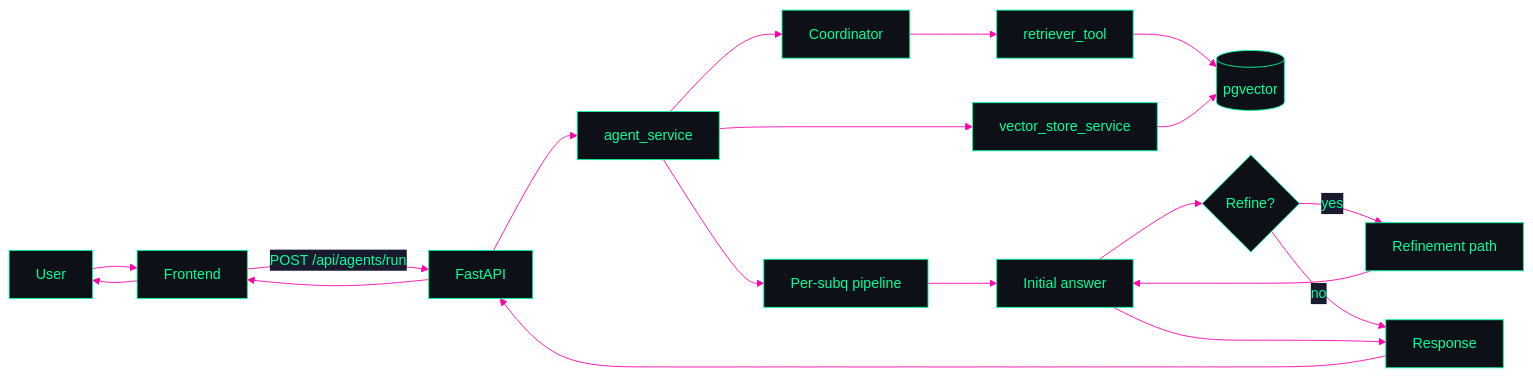
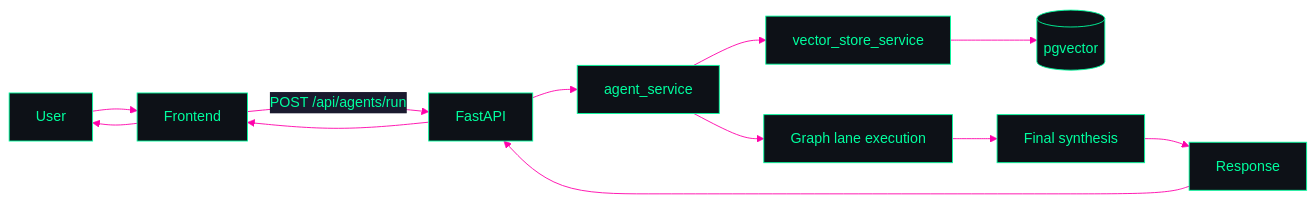
One commit to Nickbohm555/agent-search changed the second of 2 diagrams in README.md. Above: the diagram before and after it, drawn with Mermaid. The commit also changed other lines of this file and 14 other files, not shown here.

Commit message:
ralph loop 22 (build): Section 22 complete: removed deep-agent runtime path and coordinator module, pruned deep-agent callbacks/tests, and made run_runtime_agent graph-only with updated docs/config.

````diff
--- a/README.md
+++ b/README.md
@@ -153,20 +153,13 @@
 ```mermaid
 %%{init: {'theme':'base', 'themeVariables': { 'primaryColor':'#0d1117', 'primaryTextColor':'#00ff9f', 'primaryBorderColor':'#00ff9f', 'lineColor':'#ff00aa', 'secondaryColor':'#1a1a2e', 'tertiaryColor':'#0d1117'}}}%%
 flowchart LR
     U[User] --> FE[Frontend]
     FE -->|POST /api/agents/run| API[FastAPI]
     API --> SVC[agent_service]
-    SVC --> COORD[Coordinator]
     SVC --> VSS[vector_store_service]
-    COORD --> RET[retriever_tool]
-    RET --> CHUNKS[(pgvector)]
-    VSS --> CHUNKS
-    SVC --> PIPE[Per-subq pipeline]
-    PIPE --> SYNTH[Initial answer]
-    SYNTH --> REF{Refine?}
-    REF -->|yes| REFPIPE[Refinement path]
-    REFPIPE --> SYNTH
-    REF -->|no| OUT[Response]
-    SYNTH --> OUT
+    VSS --> CHUNKS[(pgvector)]
+    SVC --> PIPE[Graph lane execution]
+    PIPE --> SYNTH[Final synthesis]
+    SYNTH --> OUT[Response]
     OUT --> API --> FE --> U
 ```
````
